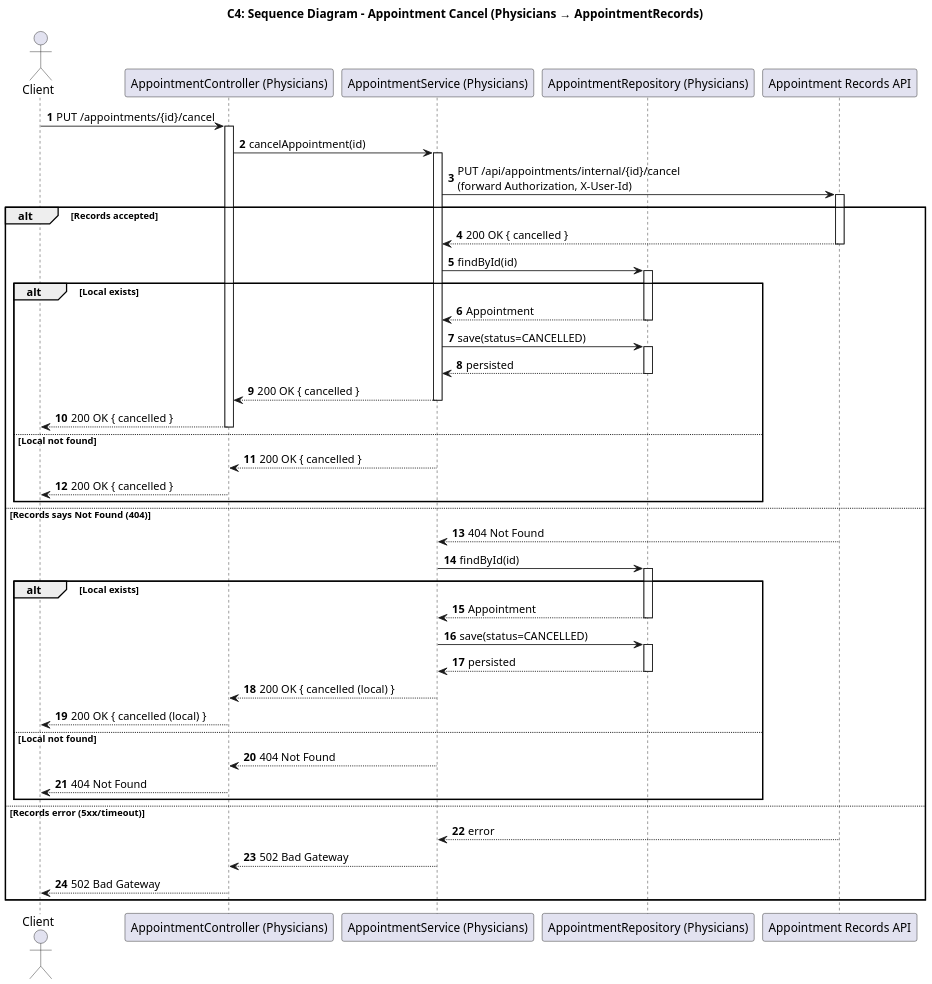
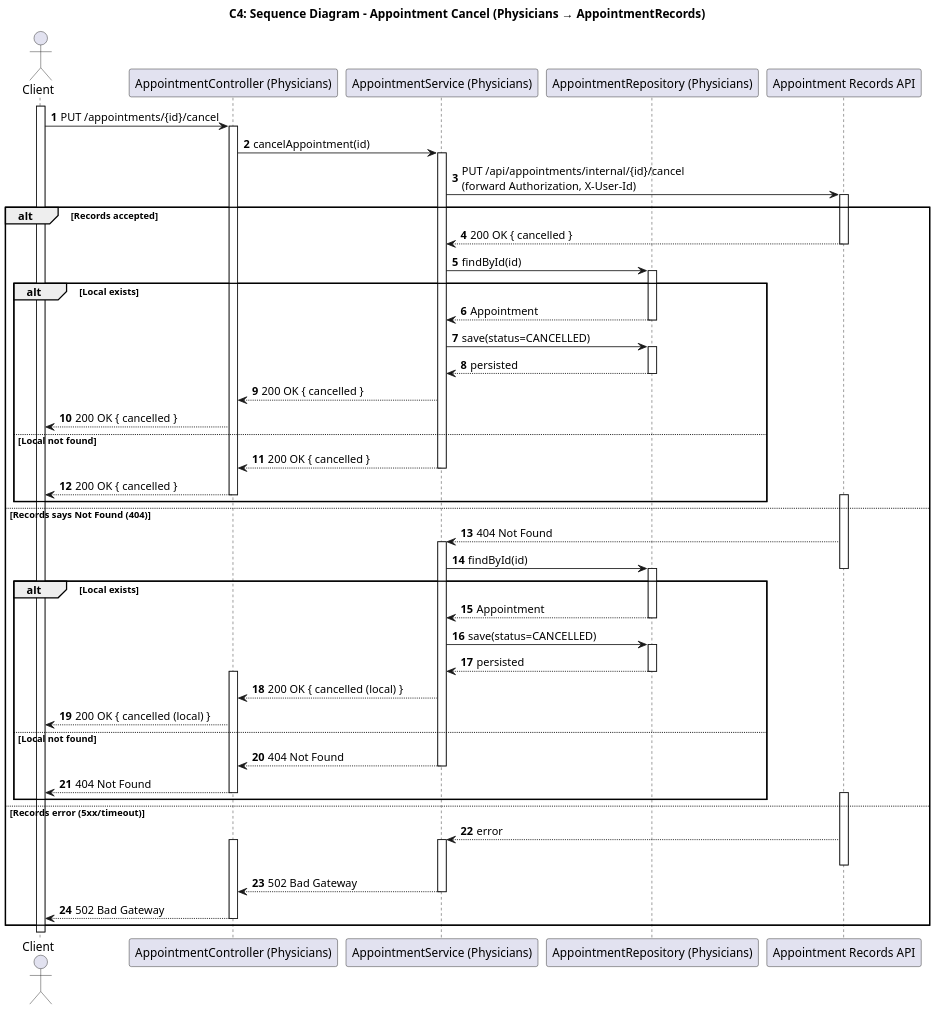
Before and after one commit to pedrods05/LETI_SIDIS_3DA_6: the diagram in DOCS/C4+1/C4+1-AppointmentCancel-Sequence.puml, drawn with PlantUML. The commit also changed 12 other files, not shown here.

Commit message:
ajustes diagramas

```diff
--- a/DOCS/C4+1/C4+1-AppointmentCancel-Sequence.puml
+++ b/DOCS/C4+1/C4+1-AppointmentCancel-Sequence.puml
@@ -1,80 +1,82 @@
 @startuml
 ' C4+1 — Appointment cancel SD (layered)
 skinparam dpi 150
 skinparam shadowing false
 skinparam DefaultFontName Arial
 
 title C4: Sequence Diagram - Appointment Cancel (Physicians → AppointmentRecords)
 
 actor Client
 participant "AppointmentController (Physicians)" as Controller
 participant "AppointmentService (Physicians)" as Service
 participant "AppointmentRepository (Physicians)" as Repo
 participant "Appointment Records API" as Records
-
+    activate Client
 autonumber
-Client -> Controller : PUT /appointments/{id}/cancel
-activate Controller
-Controller -> Service : cancelAppointment(id)
-activate Service
-Service -> Records : PUT /api/appointments/internal/{id}/cancel\n(forward Authorization, X-User-Id)
-activate Records
-alt Records accepted
-  Records --> Service : 200 OK { cancelled }
-  deactivate Records
-  Service -> Repo : findById(id)
-  activate Repo
-  alt Local exists
+    Client -> Controller : PUT /appointments/{id}/cancel
+    activate Controller
+    Controller -> Service : cancelAppointment(id)
+    activate Service
+    Service -> Records : PUT /api/appointments/internal/{id}/cancel\n(forward Authorization, X-User-Id)
+    activate Records
+    alt Records accepted
+    Records --> Service : 200 OK { cancelled }
+    deactivate Records
+    Service -> Repo : findById(id)
+     activate Repo
+    alt Local exists
     Repo --> Service : Appointment
     deactivate Repo
     Service -> Repo : save(status=CANCELLED)
     activate Repo
     Repo --> Service : persisted
     deactivate Repo
     Service --> Controller : 200 OK { cancelled }
-    deactivate Service
     Controller --> Client : 200 OK { cancelled }
-    deactivate Controller
-  else Local not found
+
+    else Local not found
     ' no local row: still return 200 based on records
     deactivate Repo
     Service --> Controller : 200 OK { cancelled }
     deactivate Service
     Controller --> Client : 200 OK { cancelled }
     deactivate Controller
-  end
-else Records says Not Found (404)
-  Records --> Service : 404 Not Found
-  deactivate Records
-  ' Fallback: local-only cancel if exists
-  Service -> Repo : findById(id)
-  activate Repo
-  alt Local exists
+    activate Records
+    end
+    else Records says Not Found (404)
+    Records --> Service : 404 Not Found
+    ' Fallback: local-only cancel if exists
+    activate Service
+    Service -> Repo : findById(id)
+    deactivate Records
+    activate Repo
+    alt Local exists
     Repo --> Service : Appointment
     deactivate Repo
     Service -> Repo : save(status=CANCELLED)
     activate Repo
     Repo --> Service : persisted
     deactivate Repo
+    activate Controller
     Service --> Controller : 200 OK { cancelled (local) }
-    deactivate Service
     Controller --> Client : 200 OK { cancelled (local) }
-    deactivate Controller
-  else Local not found
+    else Local not found
     ' no explicit null return
     deactivate Repo
     Service --> Controller : 404 Not Found
     deactivate Service
     Controller --> Client : 404 Not Found
     deactivate Controller
-  end
-else Records error (5xx/timeout)
-  Records --> Service : error
-  deactivate Records
-  Service --> Controller : 502 Bad Gateway
-  deactivate Service
-  Controller --> Client : 502 Bad Gateway
-  deactivate Controller
-end
-
+    activate Records
+    end
+    else Records error (5xx/timeout)
+    Records --> Service : error
+    activate Service
+    deactivate Records
+    activate Controller
+    Service --> Controller : 502 Bad Gateway
+    deactivate Service
+    Controller --> Client : 502 Bad Gateway
+    deactivate Controller
+    end
 @enduml
```
